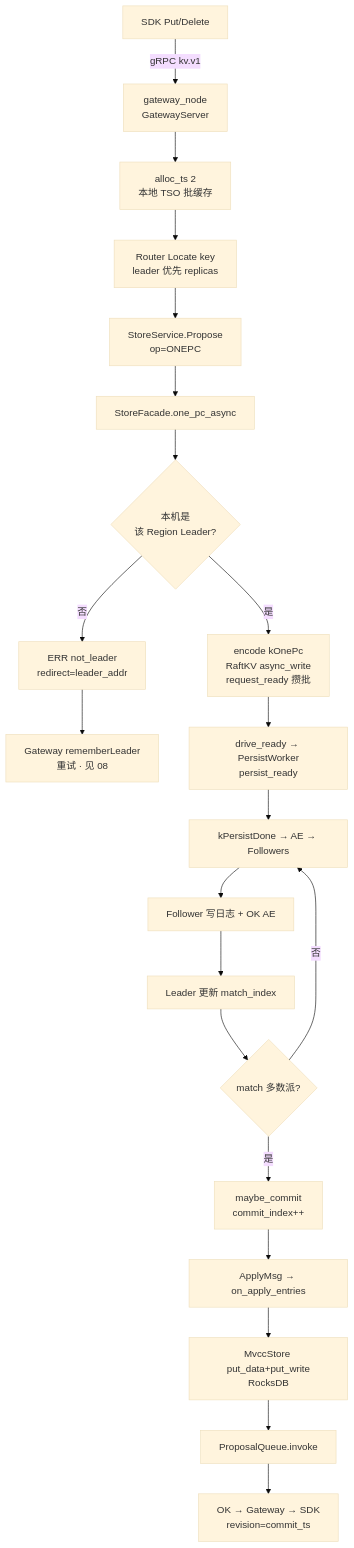
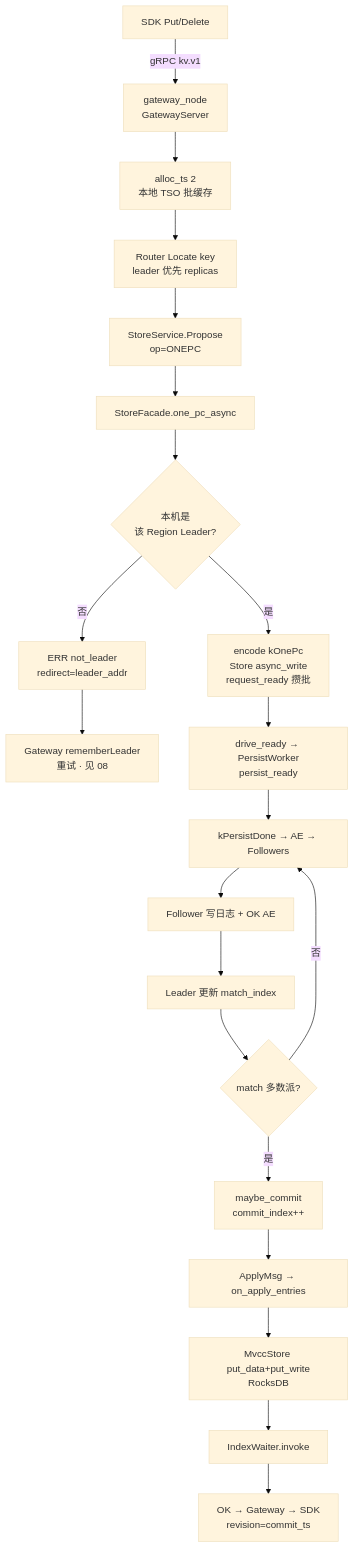
The first of 2 diagrams in docs/flows/01-write-put.md (devotionalist/openkv), drawn with Mermaid (base theme) before and after one commit. The commit also changed other lines of this file and 196 other files, not shown here.

First line of the commit message:
Fold Storage Raft writes into Store and adopt Google C++20 formatting.

````diff
--- a/docs/flows/01-write-put.md
+++ b/docs/flows/01-write-put.md
@@ -25,23 +25,23 @@
 ```mermaid
 flowchart TD
   A[SDK Put/Delete] -->|gRPC kv.v1| B[gateway_node<br/>GatewayServer]
   B --> T[alloc_ts 2<br/>本地 TSO 批缓存]
   T --> C[Router Locate key<br/>leader 优先 replicas]
   C --> D[StoreService.Propose<br/>op=ONEPC]
   D --> E[StoreFacade.one_pc_async]
   E --> F{本机是<br/>该 Region Leader?}
   F -->|否| H[ERR not_leader<br/>redirect=leader_addr]
   H --> R[Gateway rememberLeader<br/>重试 · 见 08]
-  F -->|是| I[encode kOnePc<br/>RaftKV async_write<br/>request_ready 攒批]
+  F -->|是| I[encode kOnePc<br/>Store async_write<br/>request_ready 攒批]
   I --> J[drive_ready → PersistWorker<br/>persist_ready]
   J --> K[kPersistDone → AE → Followers]
   K --> L[Follower 写日志 + OK AE]
   L --> M[Leader 更新 match_index]
   M --> N{match 多数派?}
   N -->|否| K
   N -->|是| O[maybe_commit<br/>commit_index++]
   O --> P[ApplyMsg → on_apply_entries]
   P --> Q[MvccStore put_data+put_write<br/>RocksDB]
-  Q --> S[ProposalQueue.invoke]
+  Q --> S[IndexWaiter.invoke]
   S --> U[OK → Gateway → SDK<br/>revision=commit_ts]
 ```
````
